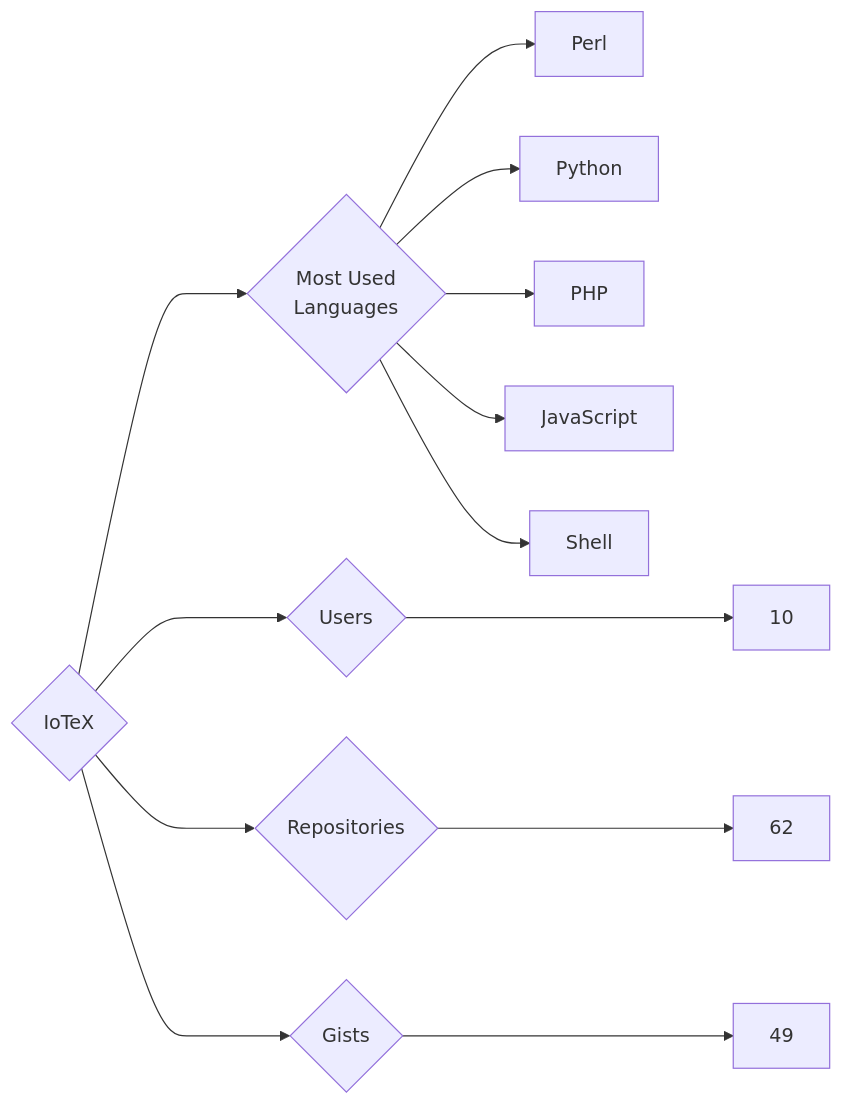
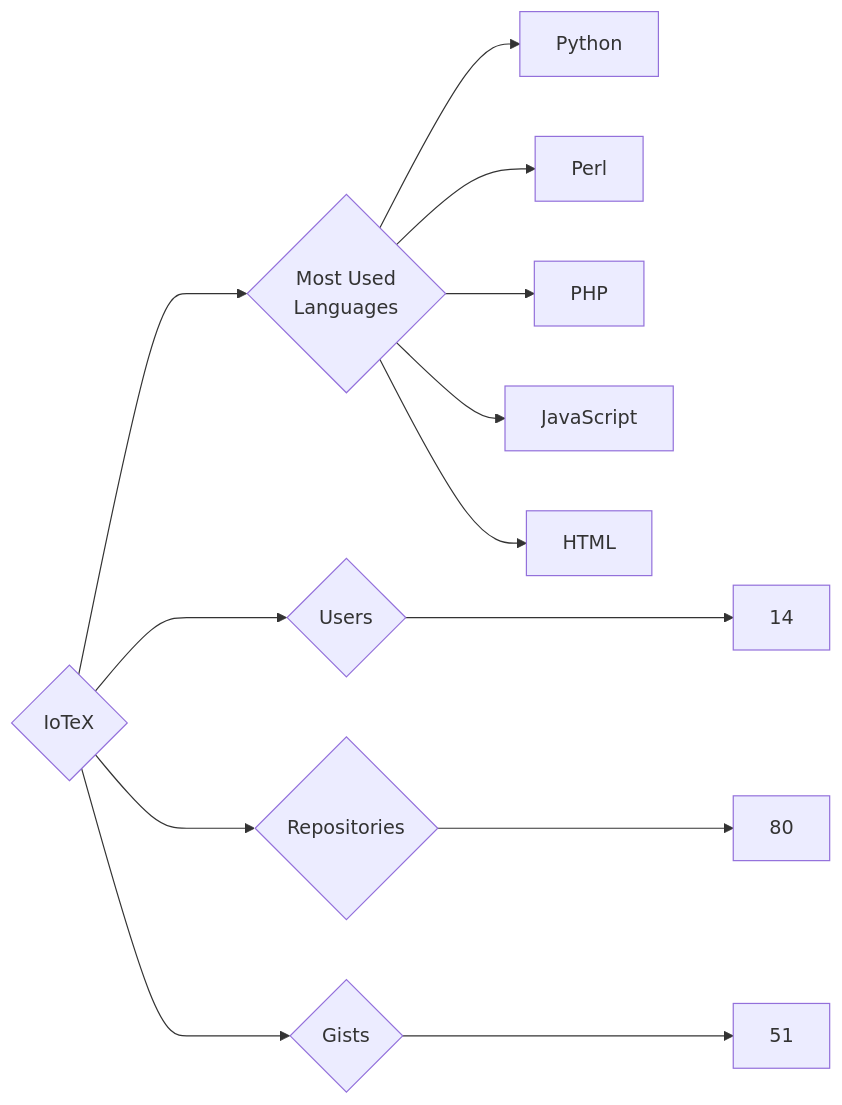
The diagram in targets/IoTeX/README.md (trickest/insiders), drawn with Mermaid before and after one commit. The commit also changed 1088 other files, not shown here.

````diff
--- a/targets/IoTeX/README.md
+++ b/targets/IoTeX/README.md
@@ -3,13 +3,13 @@
 ```mermaid
 graph LR
 COMPANY_NAME{IoTeX}
-COMPANY_NAME ---> U{Users} ---> UN[10]
-COMPANY_NAME ---> R{Repositories} ---> RN[62]
-COMPANY_NAME ---> G{Gists} ---> GN[49]
+COMPANY_NAME ---> U{Users} ---> UN[14]
+COMPANY_NAME ---> R{Repositories} ---> RN[80]
+COMPANY_NAME ---> G{Gists} ---> GN[51]
 COMPANY_NAME ---> ML{Most Used<br>Languages}
+ML --> Python[Python]
 ML --> Perl[Perl]
-ML --> Python[Python]
 ML --> PHP[PHP]
 ML --> JavaScript[JavaScript]
-ML --> Shell[Shell]
+ML --> HTML[HTML]
 ```
````
